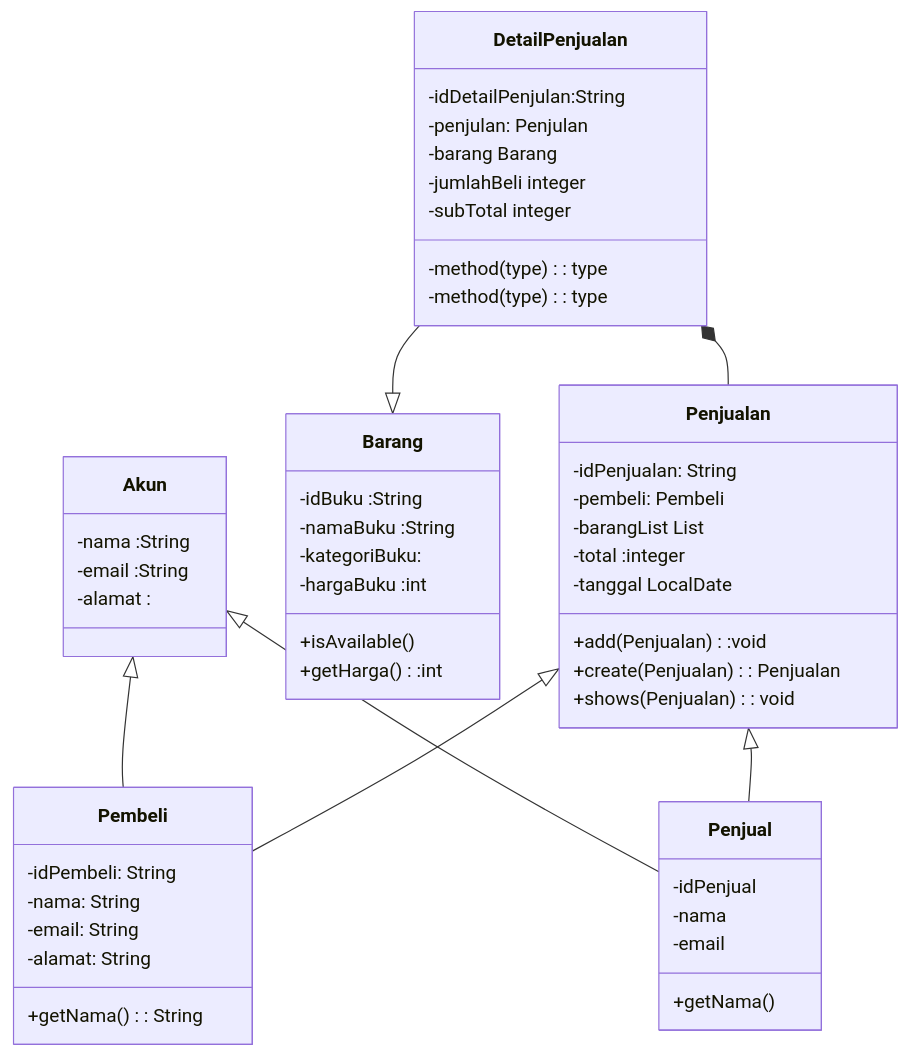
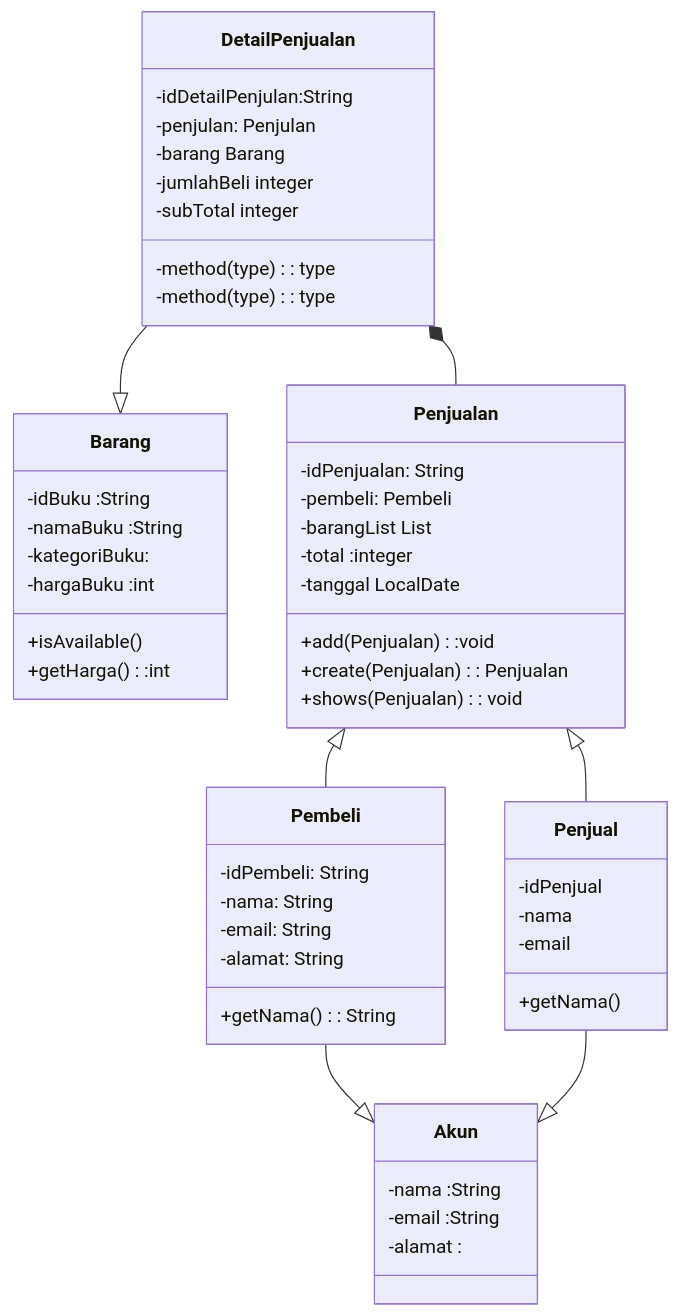
One commit to ikhsanhazamy/UAS-DASPRO changed the diagram in README.md. Above: the diagram before and after it, drawn with Mermaid.

````diff
--- a/README.md
+++ b/README.md
@@ -3,58 +3,58 @@
 ```mermaid
 classDiagram
     class Akun{
         -nama :String
         -email :String
         -alamat :
     }
     class Barang{
         -idBuku :String
         -namaBuku :String
         -kategoriBuku:
         -hargaBuku :int
         +isAvailable() 
         +getHarga():int
     }
     class Pembeli{
         -idPembeli: String 
         -nama: String 
         -email: String 
         -alamat: String 
         +getNama(): String
     }
 
     class Penjual{
         -idPenjual
         -nama
         -email
         +getNama()
     }
     class Penjualan{
         -idPenjualan: String 
         -pembeli: Pembeli 
         -barangList List<Barang>  
         -total :integer  
         -tanggal LocalDate  
         +add(Penjualan):void   
         +create(Penjualan): Penjualan   
         +shows(Penjualan): void   
     }
     class DetailPenjualan{
         -idDetailPenjulan:String   
         -penjulan: Penjulan   
         -barang Barang    
         -jumlahBeli integer    
         -subTotal integer    
         -method(type): type    
         -method(type): type
     }
 
     
     DetailPenjualan --|> Barang
     DetailPenjualan *-- Penjualan
-    Akun <|-- Pembeli
-    Akun <|-- Penjual
+    Pembeli --|> Akun
+    Penjual --|> Akun
     Penjualan <|-- Pembeli
     Penjualan <|-- Penjual
     
 ```
````
